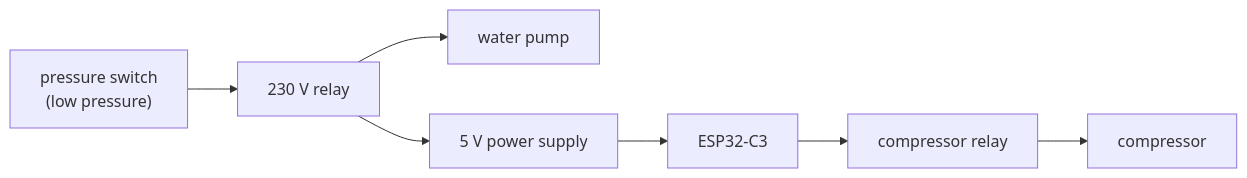
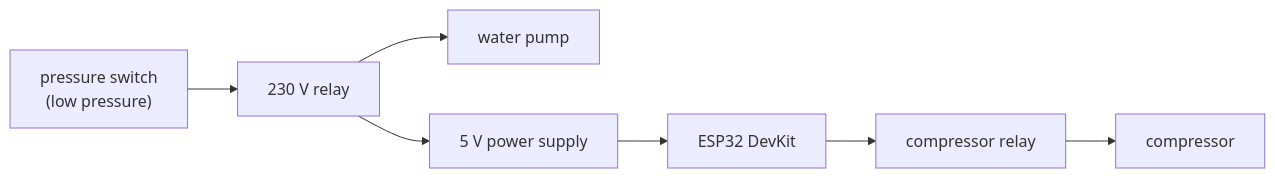
The diagram in devices/water-pressure-tank/docs/en/1-business-description.md (robertorlowski/chpc-web), drawn with Mermaid before and after one commit. The commit also changed other lines of this file and 11 other files, not shown here.

First line of the commit message:
Hydrofor: tylko płytka ESP32 DevKit, schemat podłączenia pinów

````diff
--- a/devices/water-pressure-tank/docs/en/1-business-description.md
+++ b/devices/water-pressure-tank/docs/en/1-business-description.md
@@ -19,6 +19,6 @@
 ```mermaid
 flowchart LR
     P["pressure switch<br/>(low pressure)"] --> R["230 V relay"]
     R --> W["water pump"]
-    R --> Z["5 V power supply"] --> E["ESP32-C3"] --> K["compressor relay"] --> C["compressor"]
+    R --> Z["5 V power supply"] --> E["ESP32 DevKit"] --> K["compressor relay"] --> C["compressor"]
 ```
````
